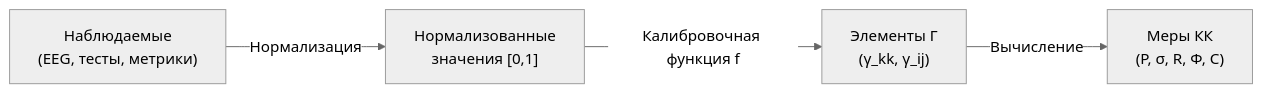
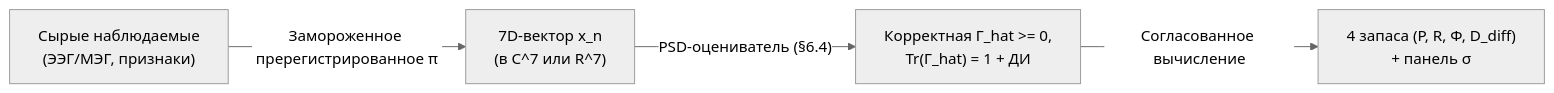
The diagram in website/i18n/ru/docusaurus-plugin-content-docs/current/applied/coherence-cybernetics/measurement.md (gst-st/uhm), drawn with Mermaid (neutral theme) before and after one commit. The commit also changed other lines of this file and 376 other files, not shown here.

First line of the commit message:
Refactor UHM canon, decontaminate architecture, and verify EN/RU parity

````diff
--- a/website/i18n/ru/docusaurus-plugin-content-docs/current/applied/coherence-cybernetics/measurement.md
+++ b/website/i18n/ru/docusaurus-plugin-content-docs/current/applied/coherence-cybernetics/measurement.md
@@ -418,6 +344,6 @@
 ```mermaid
 graph LR
-    OBS["Наблюдаемые<br/>(EEG, тесты, метрики)"] -->|"Нормализация"| NORM["Нормализованные<br/>значения [0,1]"]
-    NORM -->|"Калибровочная функция f"| GAMMA["Элементы Γ<br/>(γ_kk, γ_ij)"]
-    GAMMA -->|"Вычисление"| MEAS["Меры КК<br/>(P, σ, R, Φ, C)"]
+    OBS["Сырые наблюдаемые<br/>(ЭЭГ/МЭГ, признаки)"] -->|"Замороженное пререгистрированное π"| VEC["7D-вектор x_n<br/>(в C^7 или R^7)"]
+    VEC -->|"PSD-оцениватель (§6.4)"| GAMMA["Корректная Γ_hat >= 0,<br/>Tr(Γ_hat) = 1 + ДИ"]
+    GAMMA -->|"Согласованное вычисление"| MEAS["4 запаса (P, R, Φ, D_diff)<br/>+ панель σ"]
 ```
````
